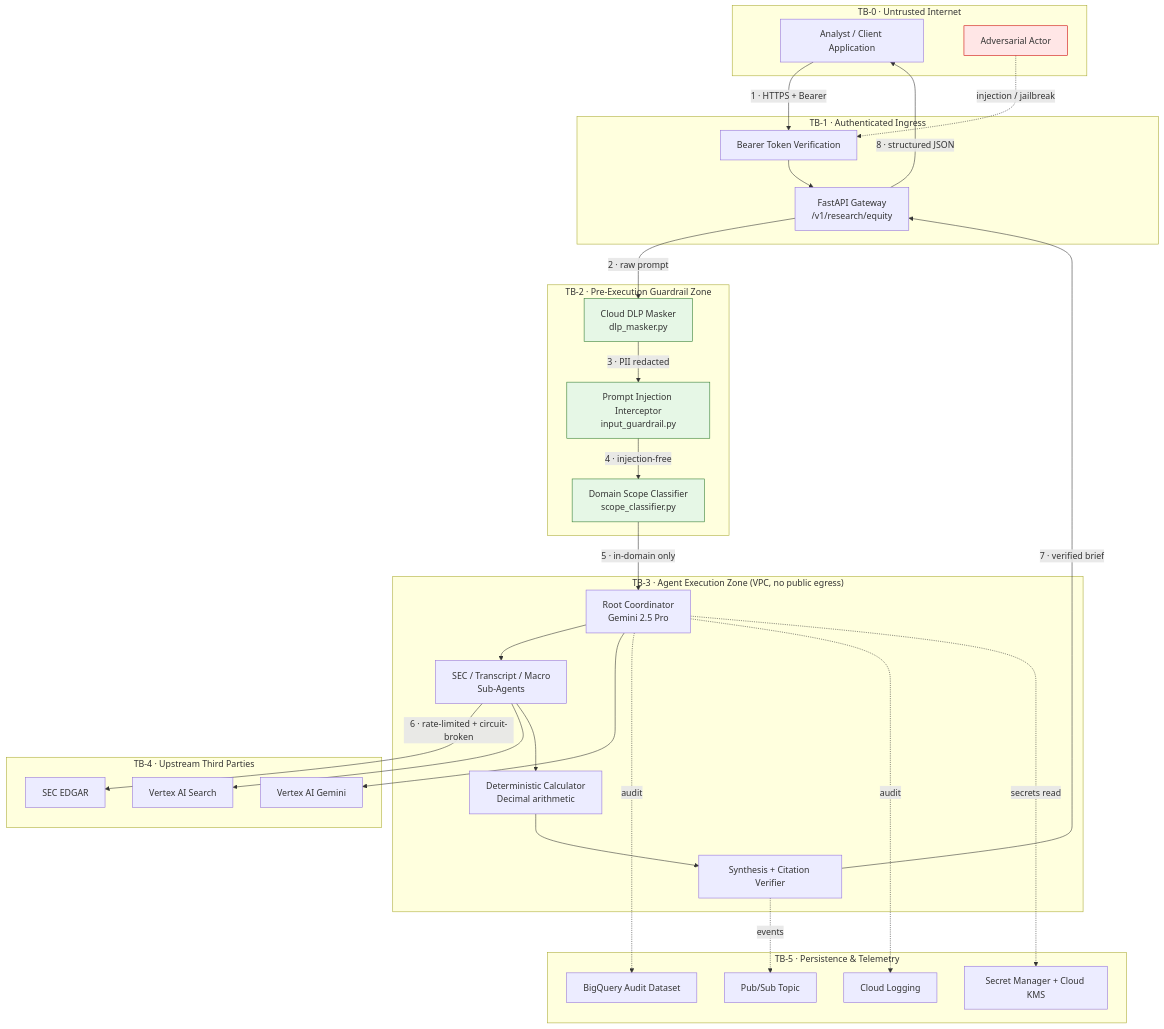
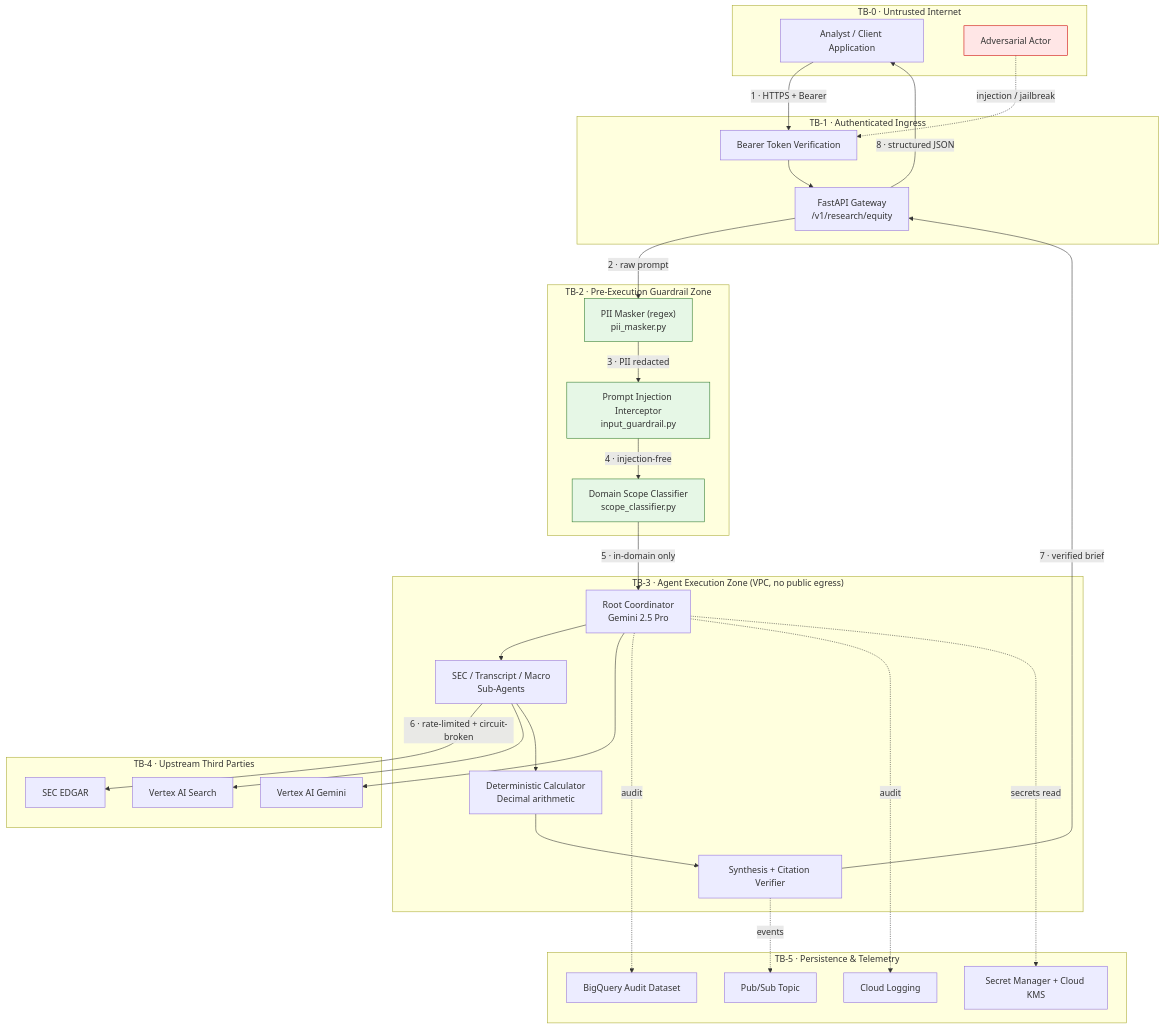
One commit to Ignotus-21/Finance-Agent---Investment-Research-Agent changed the diagram in docs/threat_model.md. Above: the diagram before and after it, drawn with Mermaid. The commit also changed other lines of this file and 16 other files, not shown here.

````diff
--- a/docs/threat_model.md
+++ b/docs/threat_model.md
@@ -38,65 +38,65 @@
 ```mermaid
 flowchart TB
     subgraph TB0["TB-0 · Untrusted Internet"]
         Analyst["Analyst / Client Application"]
         Attacker["Adversarial Actor"]
     end
 
     subgraph TB1["TB-1 · Authenticated Ingress"]
         Gateway["FastAPI Gateway<br/>/v1/research/equity"]
         Auth["Bearer Token Verification"]
     end
 
     subgraph TB2["TB-2 · Pre-Execution Guardrail Zone"]
-        DLP["Cloud DLP Masker<br/>dlp_masker.py"]
+        DLP["PII Masker (regex)<br/>pii_masker.py"]
         Injection["Prompt Injection Interceptor<br/>input_guardrail.py"]
         Scope["Domain Scope Classifier<br/>scope_classifier.py"]
     end
 
     subgraph TB3["TB-3 · Agent Execution Zone (VPC, no public egress)"]
         Root["Root Coordinator<br/>Gemini 2.5 Pro"]
         Subs["SEC / Transcript / Macro<br/>Sub-Agents"]
         Calc["Deterministic Calculator<br/>Decimal arithmetic"]
         Synth["Synthesis + Citation Verifier"]
     end
 
     subgraph TB4["TB-4 · Upstream Third Parties"]
         EDGAR["SEC EDGAR"]
         VSearch["Vertex AI Search"]
         Gemini["Vertex AI Gemini"]
     end
 
     subgraph TB5["TB-5 · Persistence & Telemetry"]
         BQ["BigQuery Audit Dataset"]
         CLog["Cloud Logging"]
         SM["Secret Manager + Cloud KMS"]
         PS["Pub/Sub Topic"]
     end
 
     Analyst -->|"1 · HTTPS + Bearer"| Auth
     Attacker -.->|"injection / jailbreak"| Auth
     Auth --> Gateway
     Gateway -->|"2 · raw prompt"| DLP
     DLP -->|"3 · PII redacted"| Injection
     Injection -->|"4 · injection-free"| Scope
     Scope -->|"5 · in-domain only"| Root
 
     Root --> Subs
     Subs -->|"6 · rate-limited + circuit-broken"| EDGAR
     Subs --> VSearch
     Root --> Gemini
     Subs --> Calc
     Calc --> Synth
     Synth -->|"7 · verified brief"| Gateway
     Gateway -->|"8 · structured JSON"| Analyst
 
     Root -.->|audit| BQ
     Root -.->|audit| CLog
     Root -.->|secrets read| SM
     Synth -.->|events| PS
 
     classDef danger fill:#ffe6e6,stroke:#cc0000
     classDef guard fill:#e6f7e6,stroke:#2d7a2d
     class Attacker danger
     class DLP,Injection,Scope guard
 ```
````
